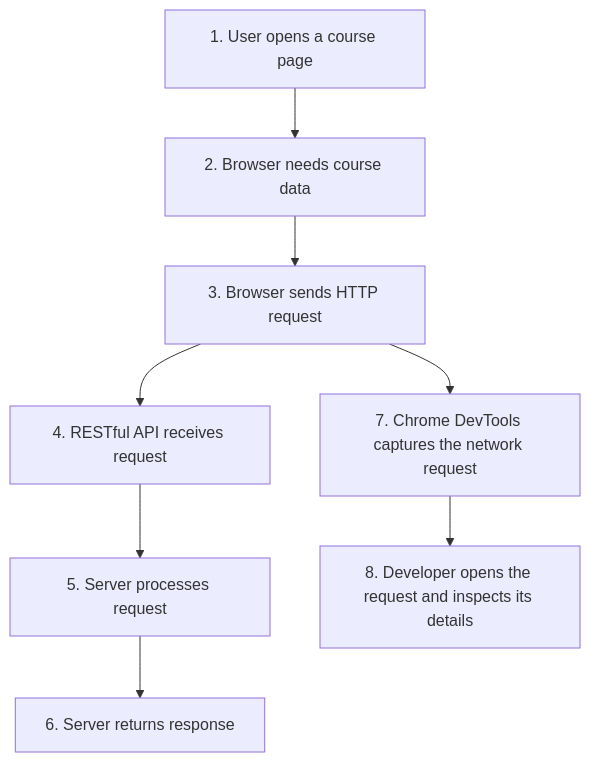
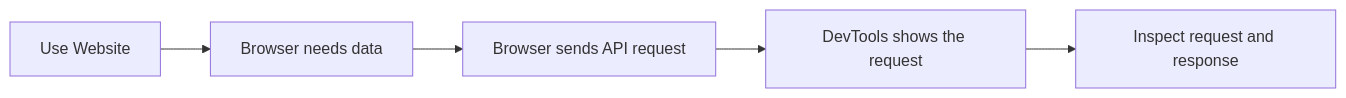
The fourth of 26 diagrams in module-0-1/README.md (reltronersk/skill-wanderer-progress-documentation), drawn with Mermaid before and after one commit. The commit also changed other lines of this file, not shown here.

````diff
--- a/module-0-1/README.md
+++ b/module-0-1/README.md
@@ -278,14 +132,7 @@
 ```mermaid
-flowchart TD
-    A[1. User opens a course page]
-    B[2. Browser needs course data]
-    C[3. Browser sends HTTP request]
-    D[4. RESTful API receives request]
-    E[5. Server processes request]
-    F[6. Server returns response]
-    G[7. Chrome DevTools captures the network request]
-    H[8. Developer opens the request and inspects its details]
-
-    A --> B --> C --> D --> E --> F
-    C --> G --> H
+flowchart LR
+    A[Use Website] --> B[Browser needs data]
+    B --> C[Browser sends API request]
+    C --> D[DevTools shows the request]
+    D --> E[Inspect request and response]
 ```
````
